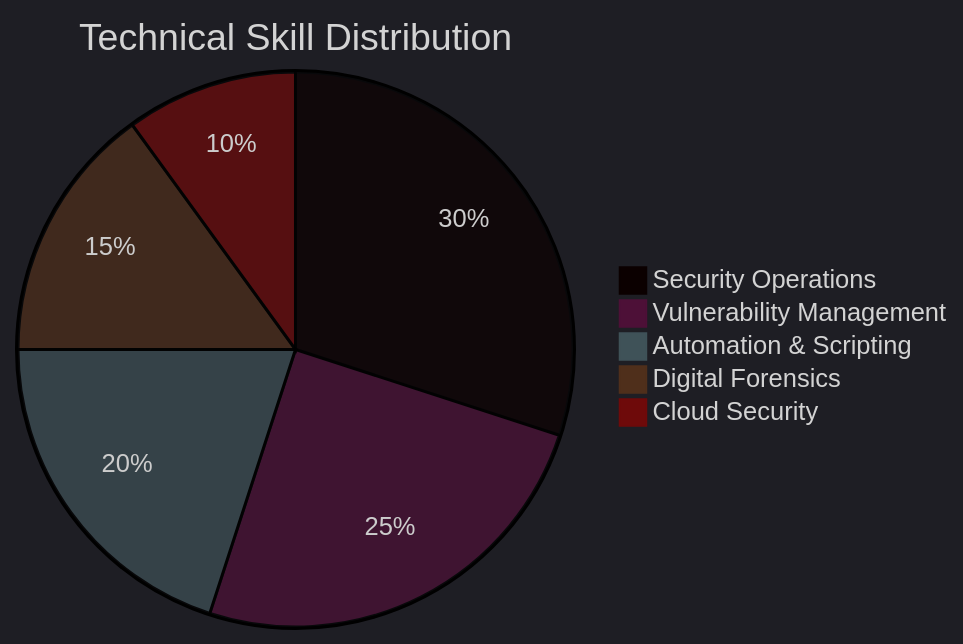
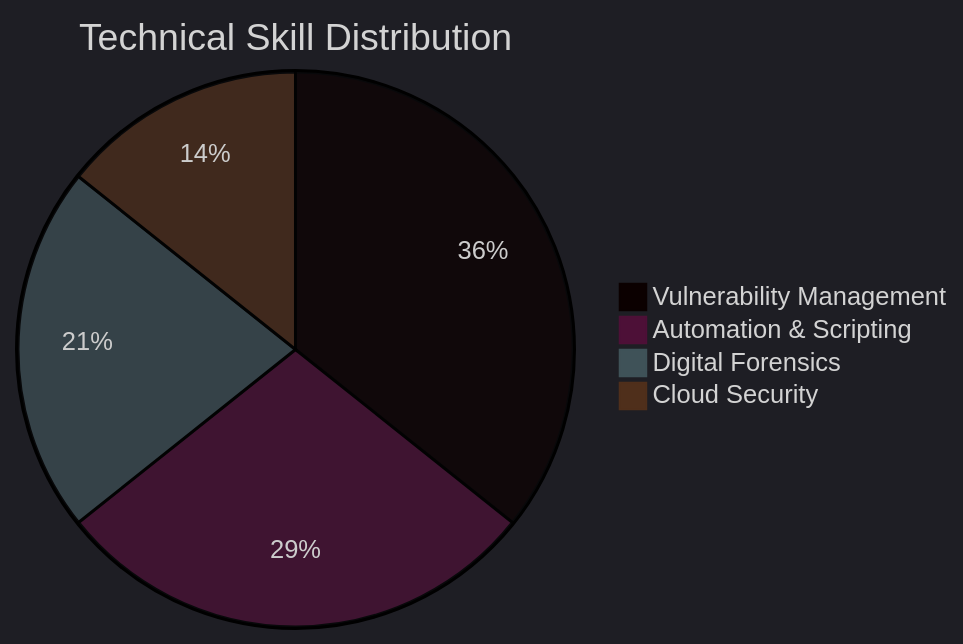
One commit to tanu-1309/tanu-1309 changed the third of 3 diagrams in README.md. Above: the diagram before and after it, drawn with Mermaid. The commit also changed other lines of this file, not shown here.

First line of the commit message:
docs: remove the security operations sections from the profile README

````diff
--- a/README.md
+++ b/README.md
@@ -199,9 +131,8 @@
 ```mermaid
 %%{init: {'theme':'dark'}}%%
 pie title Technical Skill Distribution
-    "Security Operations" : 30
     "Vulnerability Management" : 25
     "Automation & Scripting" : 20
     "Digital Forensics" : 15
     "Cloud Security" : 10
 ```
````
